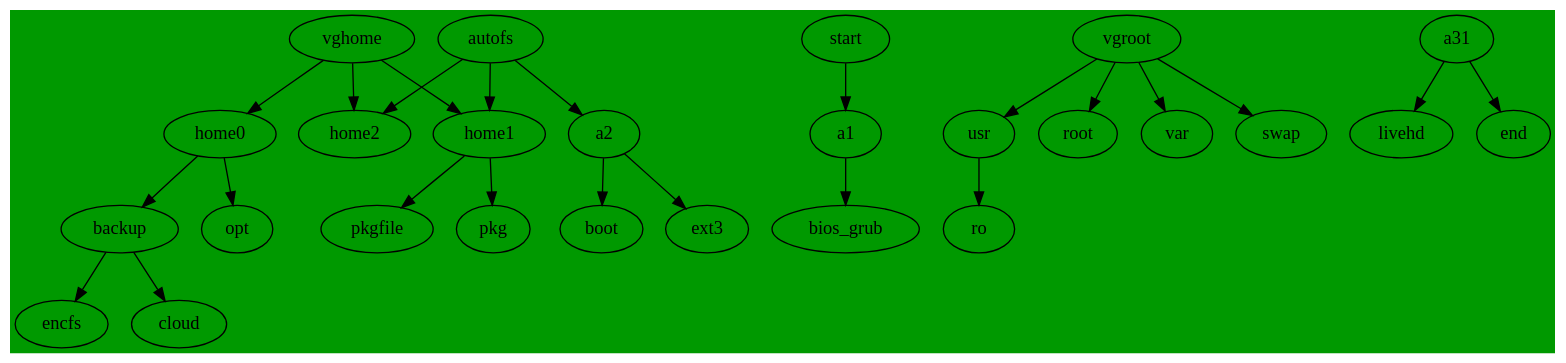
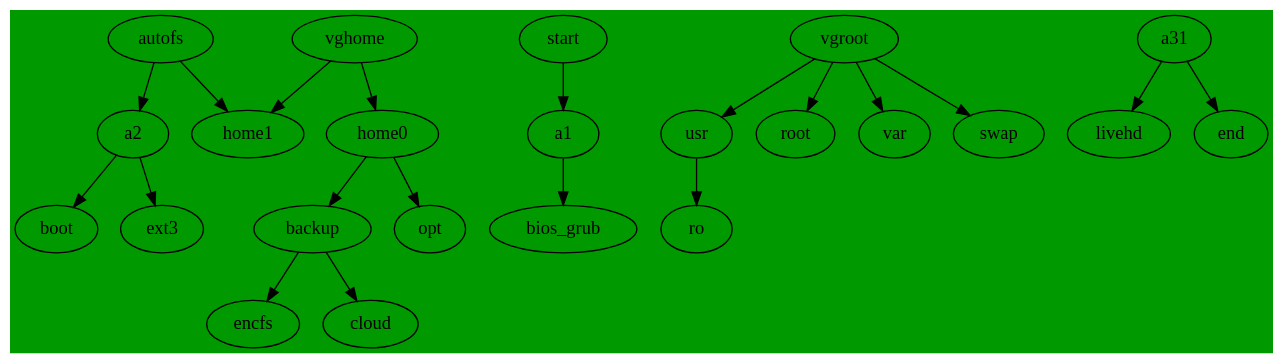
The diagram in dot/.config/dupl/parted.dot (cdede/dotfiles), drawn with Graphviz before and after one commit. The commit also changed 1 other file, not shown here.

Commit message:
home 2, var big

```diff
--- a/dot/.config/dupl/parted.dot
+++ b/dot/.config/dupl/parted.dot
@@ -1,28 +1,24 @@
 // dot -Tpng  parted.dot -o line1.png
 //  default ext4
 digraph G {
   bgcolor ="#009900";
-  autofs->home2;
   autofs->home1;
   autofs->a2;
   start->a1;
   a1->bios_grub;
   a2 -> boot;
   a2 -> ext3;
   usr ->ro;
   home0->backup;
   home0->opt;
-  home1->pkgfile;
-  home1->pkg;
   a31->livehd;
   a31->end;
   backup -> encfs;
   backup -> cloud;
   vgroot->root ;
   vgroot->usr;
   vgroot->var;
   vgroot->swap;
   vghome->home0;
   vghome->home1;
-  vghome->home2;
 }
```
